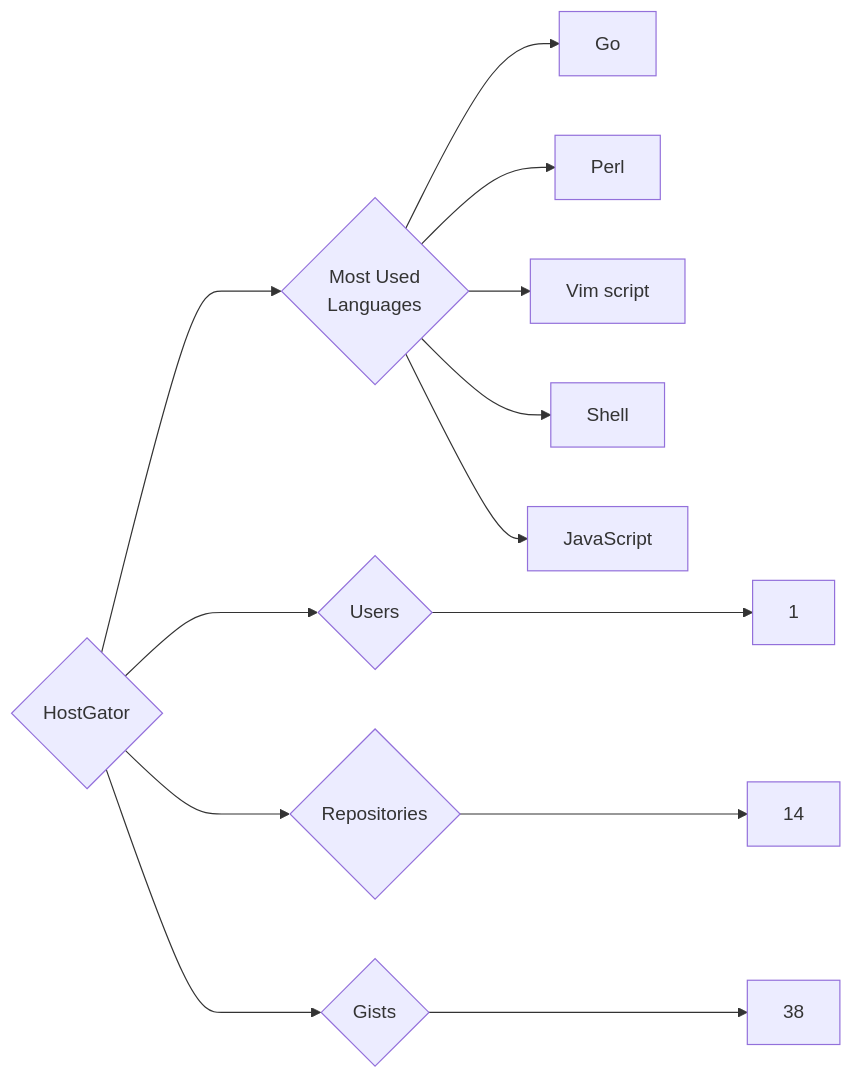
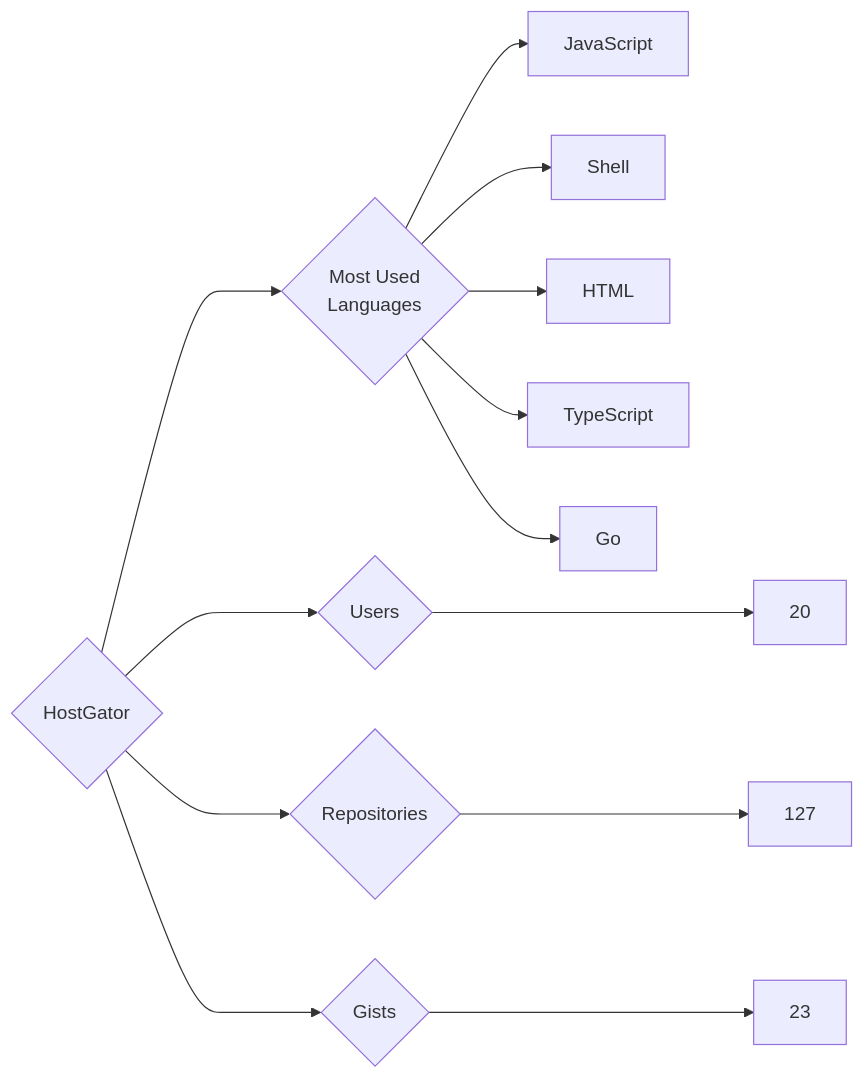
Before and after one commit to trickest/insiders: the diagram in targets/HostGator/README.md, drawn with Mermaid. The commit also changed 721 other files, not shown here.

````diff
--- a/targets/HostGator/README.md
+++ b/targets/HostGator/README.md
@@ -3,13 +3,13 @@
 ```mermaid
 graph LR
 COMPANY_NAME{HostGator}
-COMPANY_NAME ---> U{Users} ---> UN[1]
-COMPANY_NAME ---> R{Repositories} ---> RN[14]
-COMPANY_NAME ---> G{Gists} ---> GN[38]
+COMPANY_NAME ---> U{Users} ---> UN[20]
+COMPANY_NAME ---> R{Repositories} ---> RN[127]
+COMPANY_NAME ---> G{Gists} ---> GN[23]
 COMPANY_NAME ---> ML{Most Used<br>Languages}
+ML --> JavaScript[JavaScript]
+ML --> Shell[Shell]
+ML --> HTML[HTML]
+ML --> TypeScript[TypeScript]
 ML --> Go[Go]
-ML --> Perl[Perl]
-ML --> Vim_script[Vim script]
-ML --> Shell[Shell]
-ML --> JavaScript[JavaScript]
 ```
````
